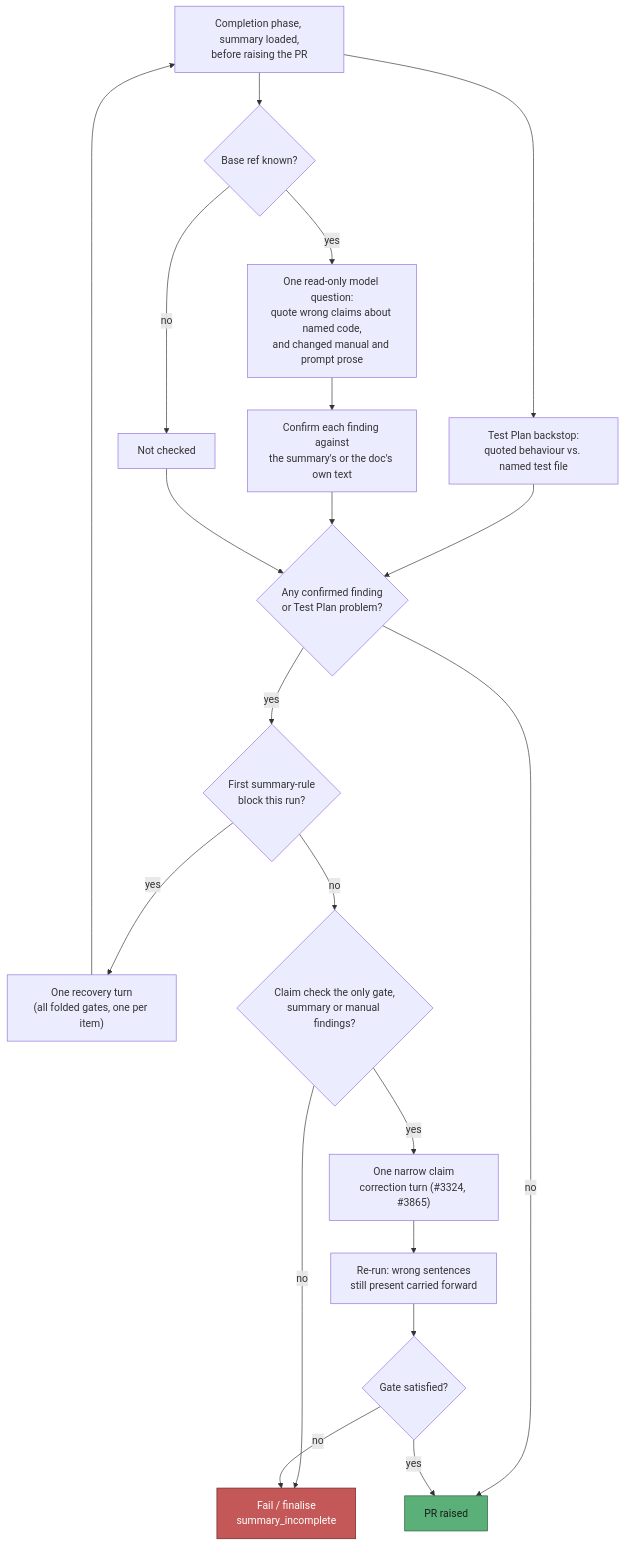
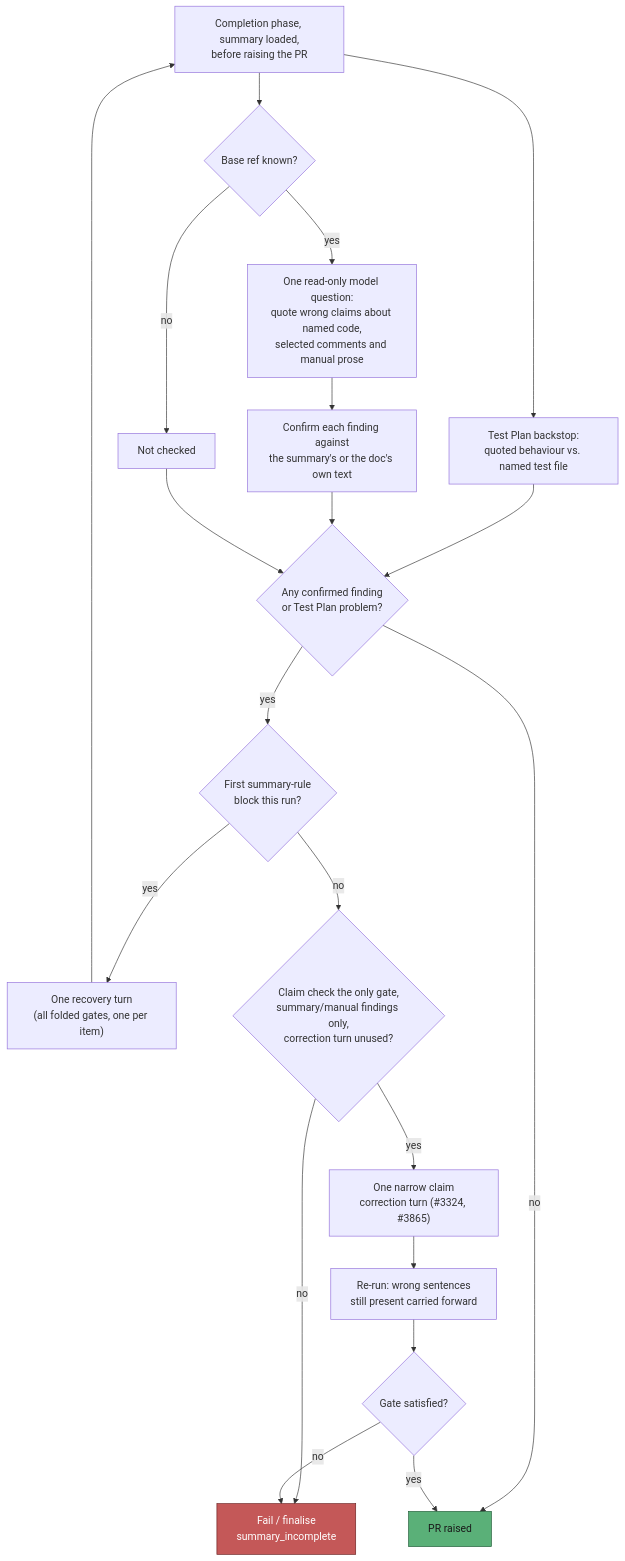
Diagram 19 of 25 in docs/workflows/issue-processing.md (stSoftwareAU/VibeCoder), drawn with Mermaid before and after one commit. The commit also changed other lines of this file and 31 other files, not shown here.

Commit message:
Harden PR-summary claims and assertion gates (milestone 111) (#3924) (#3926)

````diff
--- a/docs/workflows/issue-processing.md
+++ b/docs/workflows/issue-processing.md
@@ -2321,24 +2363,24 @@
 ```mermaid
 flowchart TD
     A["Completion phase, summary loaded,<br/>before raising the PR"] --> B["Test Plan backstop:<br/>quoted behaviour vs. named test file"]
     A --> C{"Base ref known?"}
     C -- no --> D["Not checked"]
-    C -- yes --> E["One read-only model question:<br/>quote wrong claims about named code,<br/>and changed manual and prompt prose"]
+    C -- yes --> E["One read-only model question:<br/>quote wrong claims about named code,<br/>selected comments and manual prose"]
     E --> F["Confirm each finding against<br/>the summary's or the doc's own text"]
     B --> G{"Any confirmed finding<br/>or Test Plan problem?"}
     F --> G
     D --> G
     G -- yes --> H{"First summary-rule<br/>block this run?"}
     G -- no --> I["PR raised"]
     H -- yes --> RT["One recovery turn<br/>(all folded gates, one per item)"]
     RT --> A
-    H -- no --> J{"Claim check the only gate,<br/>summary or manual findings?"}
+    H -- no --> J{"Claim check the only gate,<br/>summary/manual findings only,<br/>correction turn unused?"}
     J -- no --> K["Fail / finalise<br/>summary_incomplete"]
     J -- yes --> L["One narrow claim<br/>correction turn (#3324, #3865)"]
     L --> M["Re-run: wrong sentences<br/>still present carried forward"]
     M --> N{"Gate satisfied?"}
     N -- yes --> I
     N -- no --> K
     style I fill:#5ab078,stroke:#1d5a35,color:#1a1a1a
     style K fill:#c45858,stroke:#6b2020,color:#fff
 ```
````
